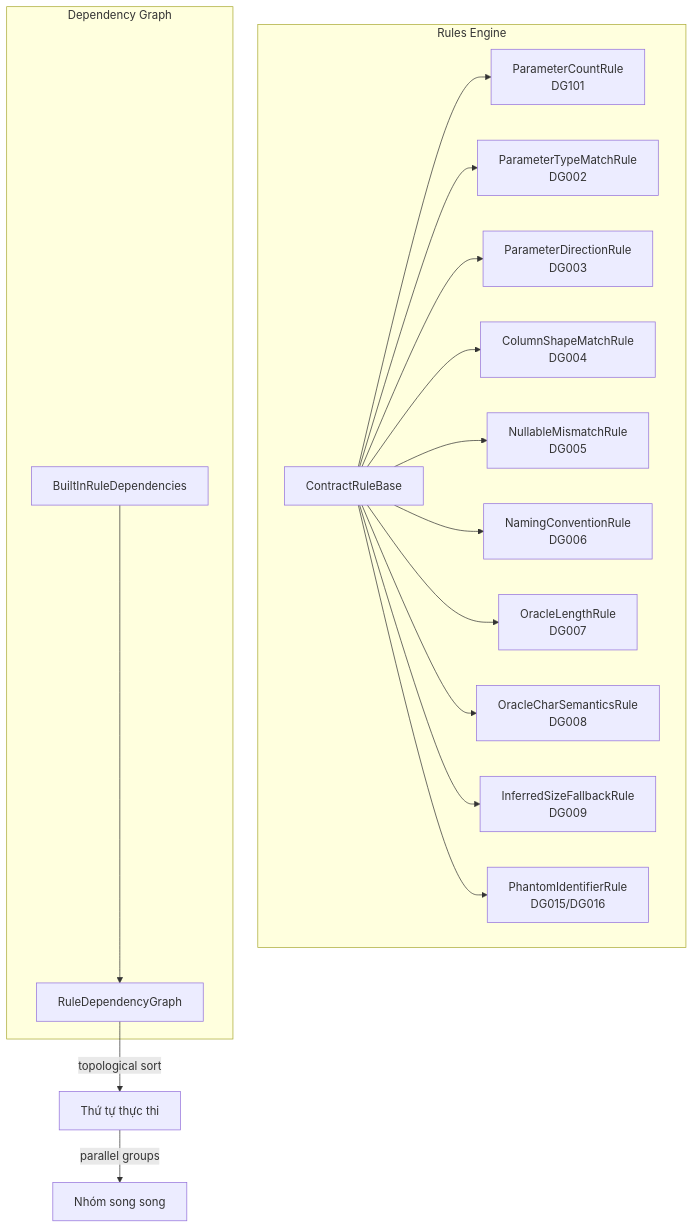
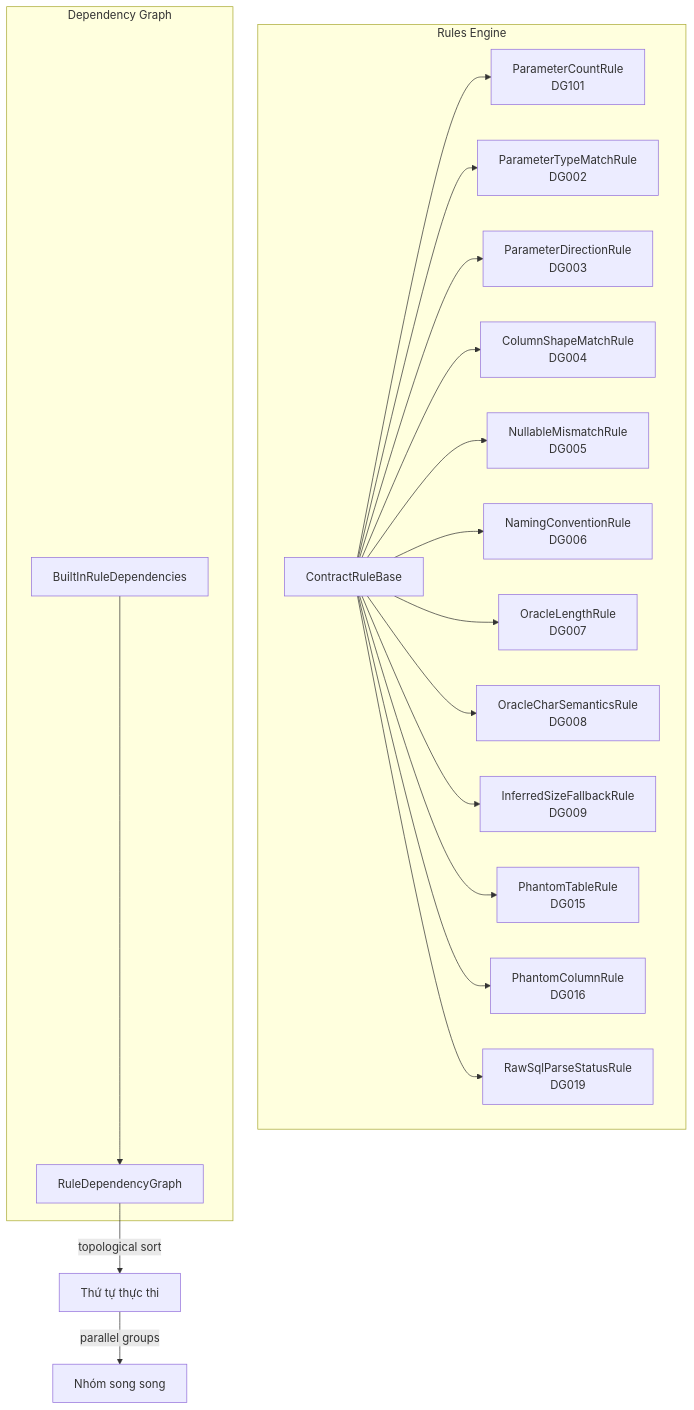
The first of 3 diagrams in docs/03-components/core/rules-engine.vi.md (thanhnt-sm/eco_support_net_oracle), drawn with Mermaid before and after one commit. The commit also changed other lines of this file and 408 other files, not shown here.

````diff
--- a/docs/03-components/core/rules-engine.vi.md
+++ b/docs/03-components/core/rules-engine.vi.md
@@ -9,25 +9,27 @@
 ```mermaid
 flowchart TB
     subgraph Rules Engine
         CRB[ContractRuleBase]
         CRB --> PCR[ParameterCountRule<br/>DG101]
         CRB --> PTR[ParameterTypeMatchRule<br/>DG002]
         CRB --> PDR[ParameterDirectionRule<br/>DG003]
         CRB --> CSM[ColumnShapeMatchRule<br/>DG004]
         CRB --> NMR[NullableMismatchRule<br/>DG005]
         CRB --> NCR[NamingConventionRule<br/>DG006]
         CRB --> OLR1[OracleLengthRule<br/>DG007]
         CRB --> OLR2[OracleCharSemanticsRule<br/>DG008]
         CRB --> ISF[InferredSizeFallbackRule<br/>DG009]
-        CRB --> PIR[PhantomIdentifierRule<br/>DG015/DG016]
+        CRB --> PTB[PhantomTableRule<br/>DG015]
+        CRB --> PCL[PhantomColumnRule<br/>DG016]
+        CRB --> RPS[RawSqlParseStatusRule<br/>DG019]
     end
 
     subgraph Dependency Graph
         RDG[RuleDependencyGraph]
         BRD[BuiltInRuleDependencies]
         BRD --> RDG
     end
 
     RDG --> |topological sort| EXEC[Thứ tự thực thi]
     EXEC --> |parallel groups| PAR[Nhóm song song]
 ```
````
